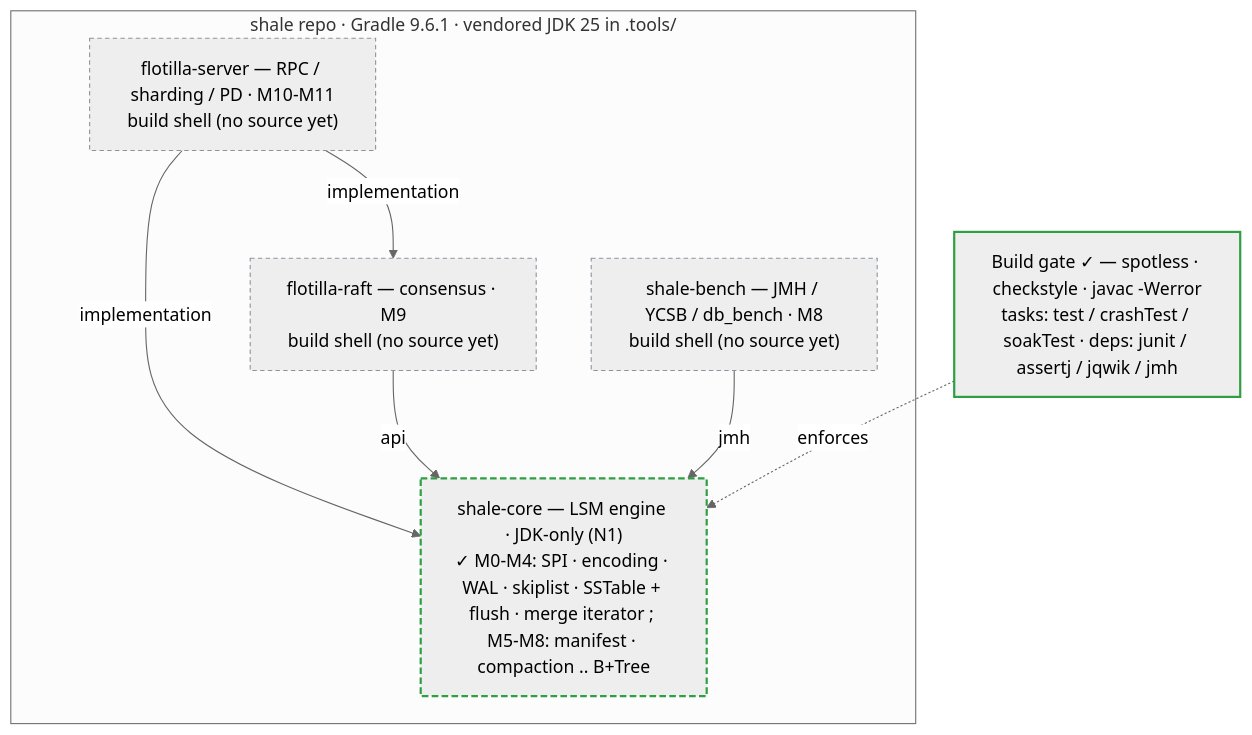
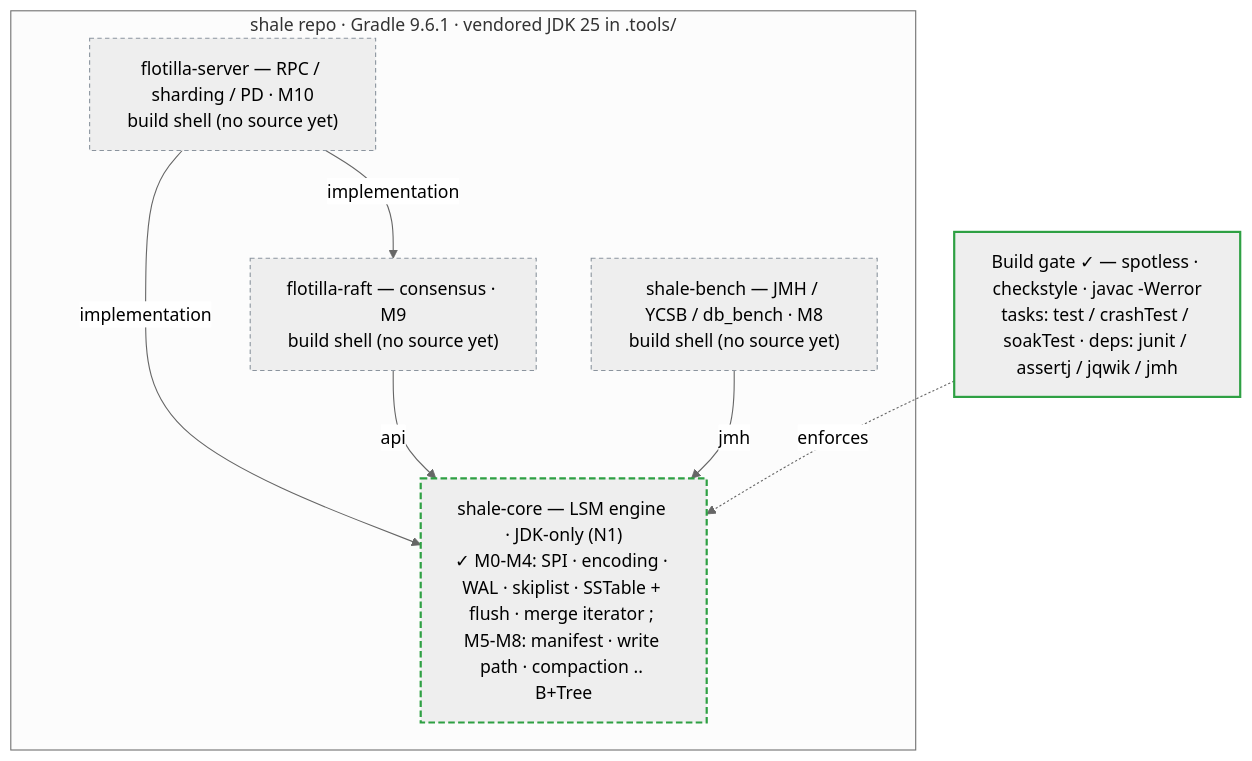
One commit to rahul-j0shi/shale changed the first of 4 diagrams in README.md. Above: the diagram before and after it, drawn with Mermaid (neutral theme). The commit also changed other lines of this file and 1 other file, not shown here.

````diff
--- a/README.md
+++ b/README.md
@@ -79,19 +79,19 @@
 ```mermaid
 flowchart TB
   subgraph repo["shale repo · Gradle 9.6.1 · vendored JDK 25 in .tools/"]
-    core["shale-core — LSM engine · JDK-only (N1)<br/>✓ M0-M4: SPI · encoding · WAL · skiplist · SSTable + flush · merge iterator ; M5-M8: manifest · compaction .. B+Tree"]:::part
+    core["shale-core — LSM engine · JDK-only (N1)<br/>✓ M0-M4: SPI · encoding · WAL · skiplist · SSTable + flush · merge iterator ; M5-M8: manifest · write path · compaction .. B+Tree"]:::part
     bench["shale-bench — JMH / YCSB / db_bench · M8<br/>build shell (no source yet)"]:::plan
     raft["flotilla-raft — consensus · M9<br/>build shell (no source yet)"]:::plan
-    server["flotilla-server — RPC / sharding / PD · M10-M11<br/>build shell (no source yet)"]:::plan
+    server["flotilla-server — RPC / sharding / PD · M10<br/>build shell (no source yet)"]:::plan
   end
   server -->|implementation| raft
   server -->|implementation| core
   raft -->|api| core
   bench -->|jmh| core
   gate["Build gate ✓ — spotless · checkstyle · javac -Werror<br/>tasks: test / crashTest / soakTest · deps: junit / assertj / jqwik / jmh"]:::done
   gate -. enforces .-> core
 
   classDef done stroke:#2ea043,stroke-width:2px;
   classDef part stroke:#2ea043,stroke-width:2px,stroke-dasharray:6 3;
   classDef plan stroke:#8b949e,stroke-width:1px,stroke-dasharray:4 3;
 ```
````
